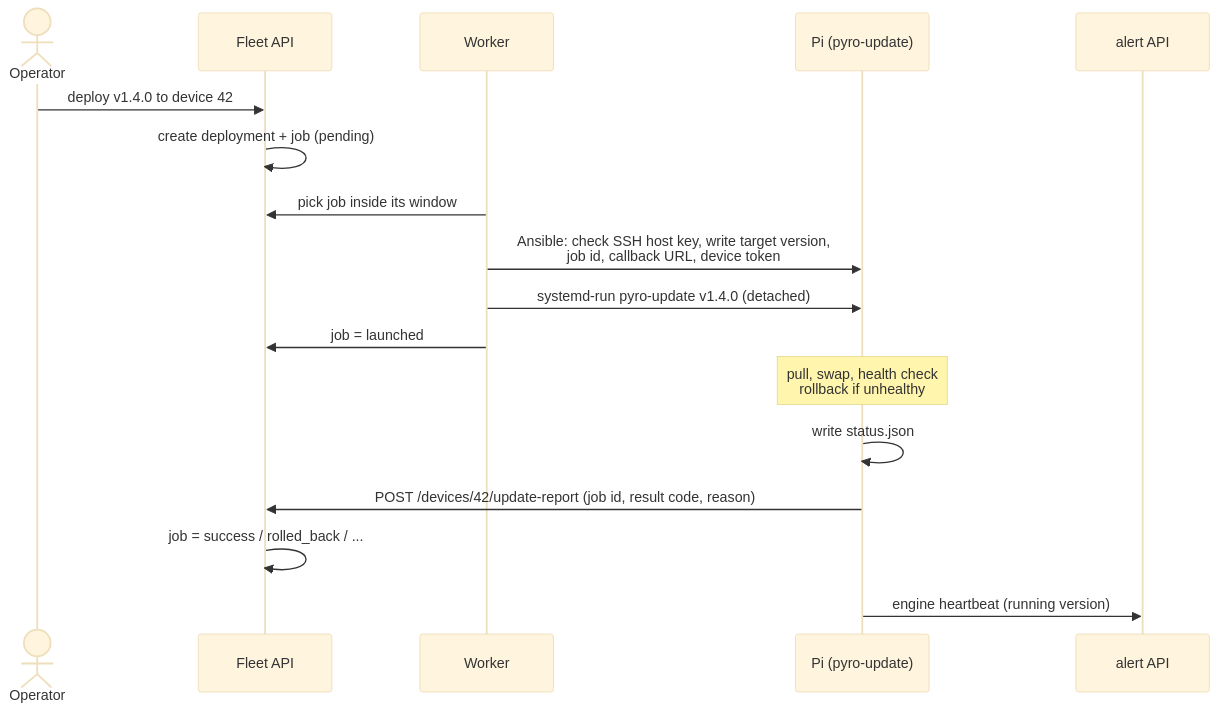
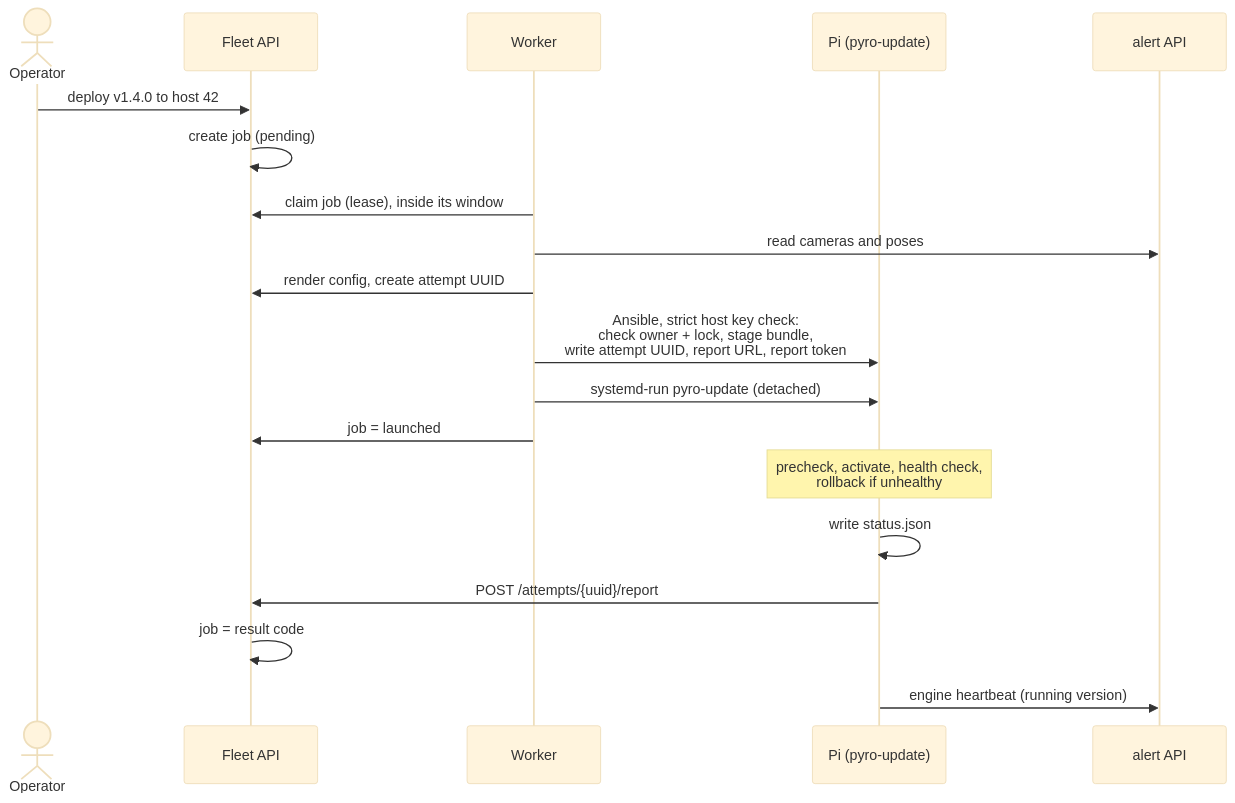
Before and after one commit to pyronear/pi-manager-template: the fifth of 13 diagrams in docs/ADR/fleet-api.md, drawn with Mermaid (base theme). The commit also changed other lines of this file, not shown here.

````diff
--- a/docs/ADR/fleet-api.md
+++ b/docs/ADR/fleet-api.md
@@ -179,20 +273,22 @@
 ```mermaid
 sequenceDiagram
     actor Op as Operator
     participant F as Fleet API
     participant W as Worker
     participant Pi as Pi (pyro-update)
     participant A as alert API
 
-    Op->>F: deploy v1.4.0 to device 42
-    F->>F: create deployment + job (pending)
-    W->>F: pick job inside its window
-    W->>Pi: Ansible: check SSH host key, write target version,<br/>job id, callback URL, device token
-    W->>Pi: systemd-run pyro-update v1.4.0 (detached)
+    Op->>F: deploy v1.4.0 to host 42
+    F->>F: create job (pending)
+    W->>F: claim job (lease), inside its window
+    W->>A: read cameras and poses
+    W->>F: render config, create attempt UUID
+    W->>Pi: Ansible, strict host key check:<br/>check owner + lock, stage bundle,<br/>write attempt UUID, report URL, report token
+    W->>Pi: systemd-run pyro-update (detached)
     W->>F: job = launched
-    Note over Pi: pull, swap, health check<br/>rollback if unhealthy
+    Note over Pi: precheck, activate, health check,<br/>rollback if unhealthy
     Pi->>Pi: write status.json
-    Pi->>F: POST /devices/42/update-report (job id, result code, reason)
-    F->>F: job = success / rolled_back / ...
+    Pi->>F: POST /attempts/{uuid}/report
+    F->>F: job = result code
     Pi->>A: engine heartbeat (running version)
 ```
````
